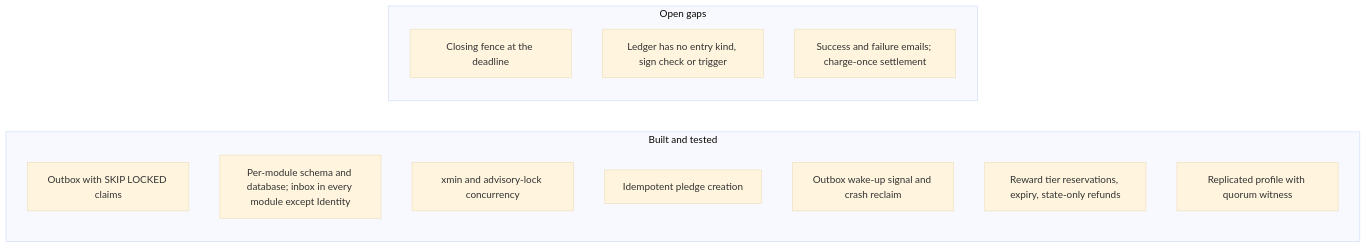
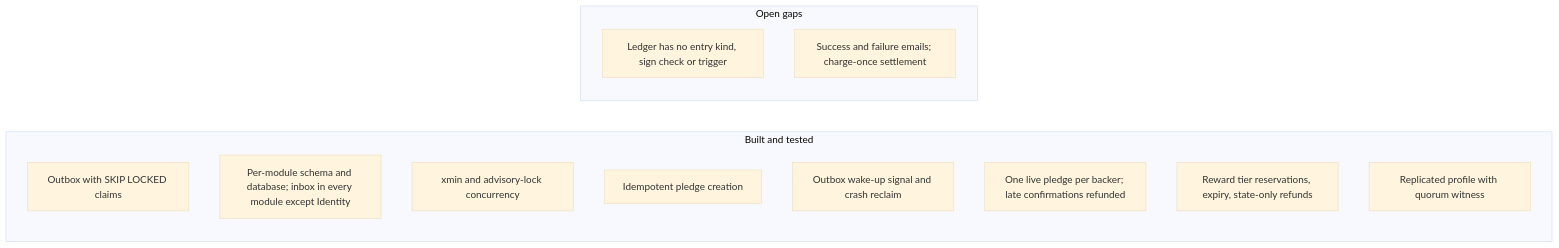
The fourth of 6 diagrams in README.md (maysamgamini/crowdfundinghub), drawn with Mermaid (base theme) before and after one commit. The commit also changed other lines of this file and 21 other files, not shown here.

First line of the commit message:
feat(contributions): allow one live pledge per backer per campaign

````diff
--- a/README.md
+++ b/README.md
@@ -146,17 +146,17 @@
 ```mermaid
 flowchart LR
     subgraph Built["Built and tested"]
         B1["Outbox with SKIP LOCKED claims"]
         B2["Per-module schema and database; inbox in every module except Identity"]
         B3["xmin and advisory-lock concurrency"]
         B6["Idempotent pledge creation"]
         B7["Outbox wake-up signal and crash reclaim"]
+        B8["One live pledge per backer; late confirmations refunded"]
         B4["Reward tier reservations, expiry, state-only refunds"]
         B5["Replicated profile with quorum witness"]
     end
     subgraph Open["Open gaps"]
-        O2["Closing fence at the deadline"]
         O4["Ledger has no entry kind, sign check or trigger"]
         O5["Success and failure emails; charge-once settlement"]
     end
 ```
````
